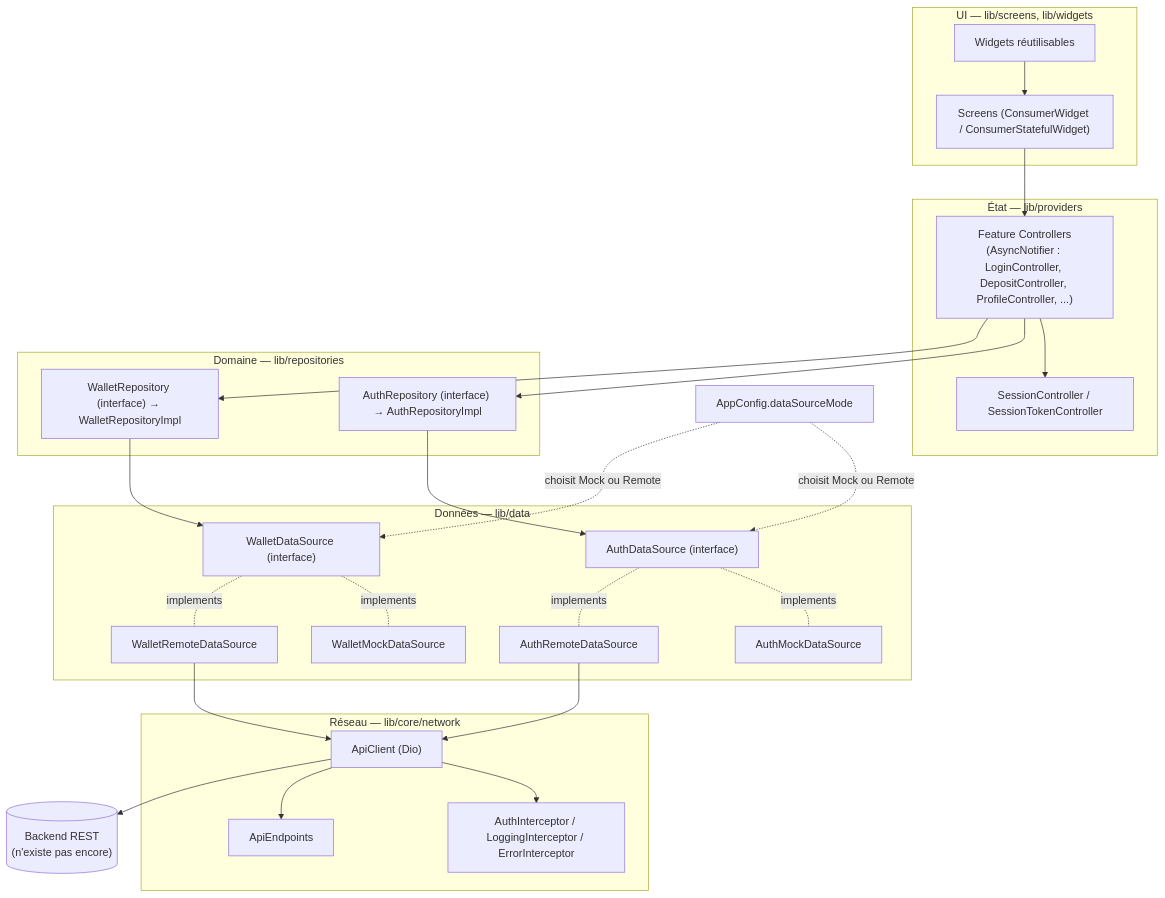
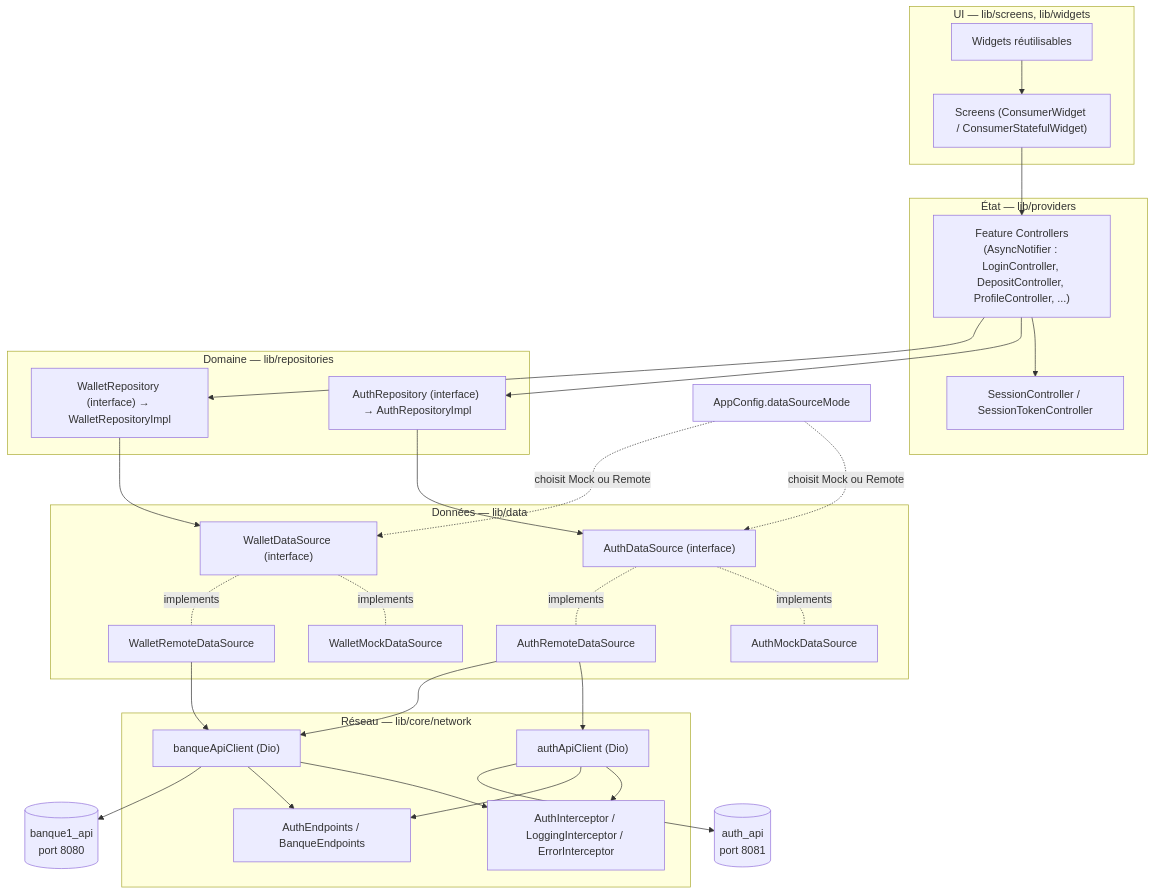
One commit to Alou66/flutter_banque changed the diagram in docs/architecture.md. Above: the diagram before and after it, drawn with Mermaid. The commit also changed other lines of this file and 30 other files, not shown here.

````diff
--- a/docs/architecture.md
+++ b/docs/architecture.md
@@ -5,57 +5,63 @@
 ```mermaid
 flowchart TD
     subgraph UI["UI — lib/screens, lib/widgets"]
         Screens["Screens (ConsumerWidget / ConsumerStatefulWidget)"]
         Widgets["Widgets réutilisables"]
     end
 
     subgraph State["État — lib/providers"]
         Controllers["Feature Controllers\n(AsyncNotifier : LoginController, DepositController, ProfileController, ...)"]
         Session["SessionController / SessionTokenController"]
     end
 
     subgraph Domain["Domaine — lib/repositories"]
         AuthRepo["AuthRepository (interface) → AuthRepositoryImpl"]
         WalletRepo["WalletRepository (interface) → WalletRepositoryImpl"]
     end
 
     subgraph Data["Données — lib/data"]
         AuthDS["AuthDataSource (interface)"]
         WalletDS["WalletDataSource (interface)"]
         AuthMock["AuthMockDataSource"]
         WalletMock["WalletMockDataSource"]
         AuthRemote["AuthRemoteDataSource"]
         WalletRemote["WalletRemoteDataSource"]
     end
 
     subgraph Network["Réseau — lib/core/network"]
-        ApiClient["ApiClient (Dio)"]
+        AuthClient["authApiClient (Dio)"]
+        BanqueClient["banqueApiClient (Dio)"]
         Interceptors["AuthInterceptor / LoggingInterceptor / ErrorInterceptor"]
-        Endpoints["ApiEndpoints"]
+        Endpoints["AuthEndpoints / BanqueEndpoints"]
     end
 
-    Backend[("Backend REST\n(n'existe pas encore)")]
+    AuthBackend[("auth_api\nport 8081")]
+    BanqueBackend[("banque1_api\nport 8080")]
 
     Screens --> Controllers
     Widgets --> Screens
     Controllers --> Session
     Controllers --> AuthRepo
     Controllers --> WalletRepo
 
     AuthRepo --> AuthDS
     WalletRepo --> WalletDS
 
     AuthDS -.implements.- AuthMock
     AuthDS -.implements.- AuthRemote
     WalletDS -.implements.- WalletMock
     WalletDS -.implements.- WalletRemote
 
-    AuthRemote --> ApiClient
-    WalletRemote --> ApiClient
-    ApiClient --> Interceptors
-    ApiClient --> Endpoints
-    ApiClient --> Backend
+    AuthRemote --> AuthClient
+    AuthRemote --> BanqueClient
+    WalletRemote --> BanqueClient
+    AuthClient --> Interceptors
+    BanqueClient --> Interceptors
+    AuthClient --> Endpoints
+    BanqueClient --> Endpoints
+    AuthClient --> AuthBackend
+    BanqueClient --> BanqueBackend
 
     Config["AppConfig.dataSourceMode"] -. choisit Mock ou Remote .-> AuthDS
     Config -. choisit Mock ou Remote .-> WalletDS
 ```
````
